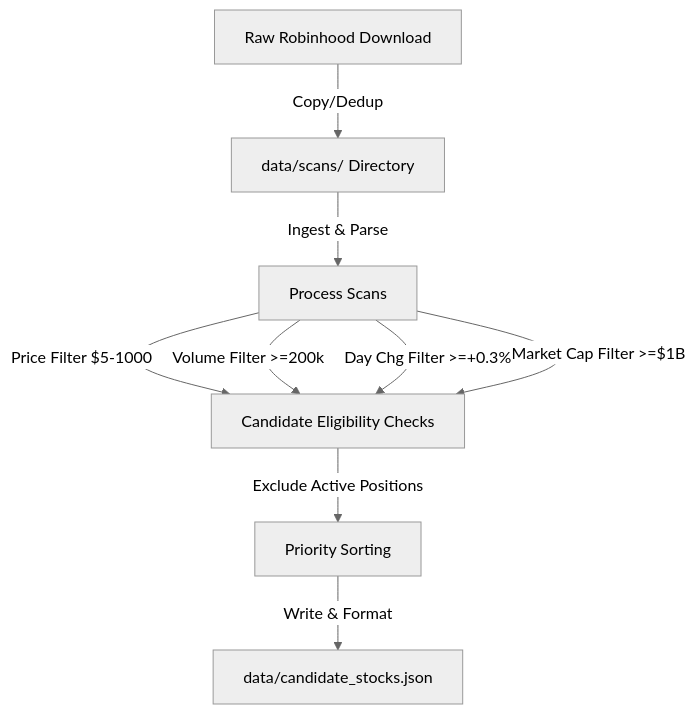
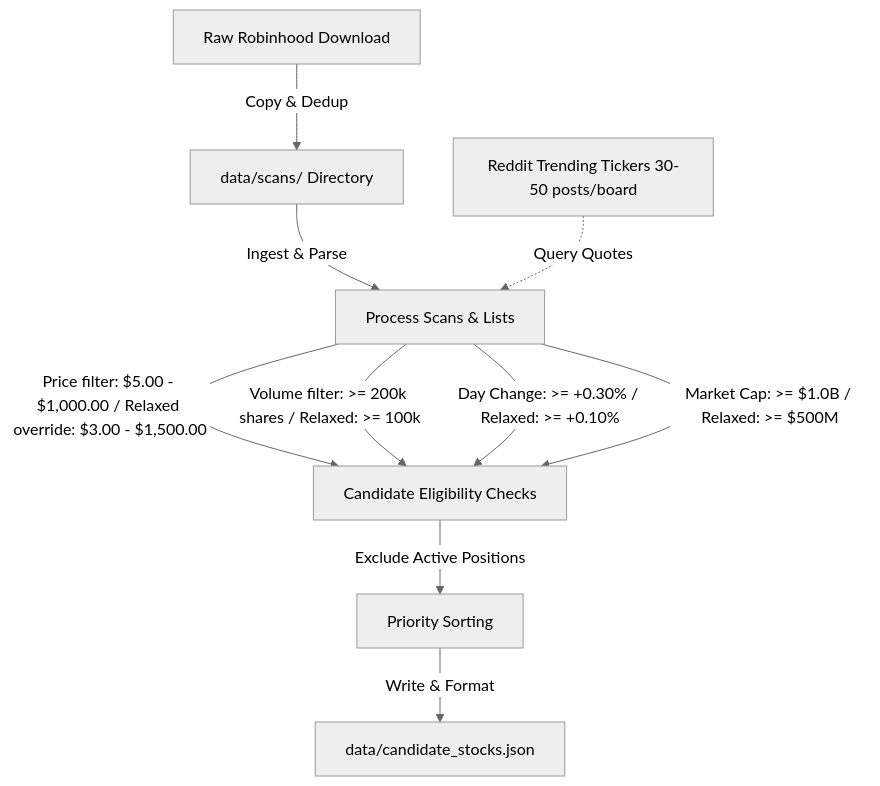
The fourth of 5 diagrams in README.md (Aymeric/wip), drawn with Mermaid (neutral theme) before and after one commit. The commit also changed other lines of this file and 52 other files, not shown here.

````diff
--- a/README.md
+++ b/README.md
@@ -273,11 +396,12 @@
 ```mermaid
 graph TD
-    A[Raw Robinhood Download] -->|Copy/Dedup| B[data/scans/ Directory]
-    B -->|Ingest & Parse| C[Process Scans]
-    C -->|Price Filter $5-1000| D[Candidate Eligibility Checks]
-    C -->|Volume Filter >=200k| D
-    C -->|Day Chg Filter >=+0.3%| D
-    C -->|Market Cap Filter >=$1B| D
+    A[Raw Robinhood Download] -->|Copy & Dedup| B[data/scans/ Directory]
+    B -->|Ingest & Parse| C[Process Scans & Lists]
+    R[Reddit Trending Tickers 30-50 posts/board] -.->|Query Quotes| C
+    C -->|Price filter: $5.00 - $1,000.00 / Relaxed override: $3.00 - $1,500.00| D[Candidate Eligibility Checks]
+    C -->|Volume filter: >= 200k shares / Relaxed: >= 100k| D
+    C -->|Day Change: >= +0.30% / Relaxed: >= +0.10%| D
+    C -->|Market Cap: >= $1.0B / Relaxed: >= $500M| D
     D -->|Exclude Active Positions| E[Priority Sorting]
     E -->|Write & Format| F[data/candidate_stocks.json]
 ```
````
